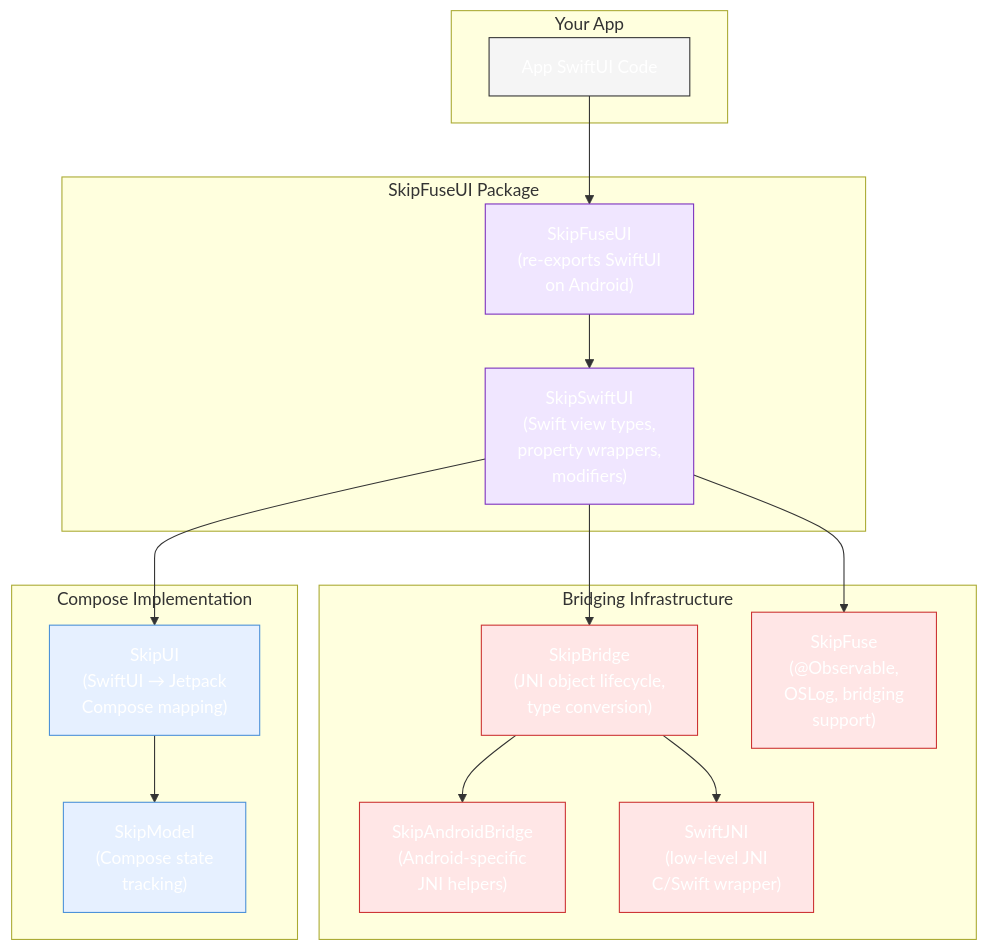
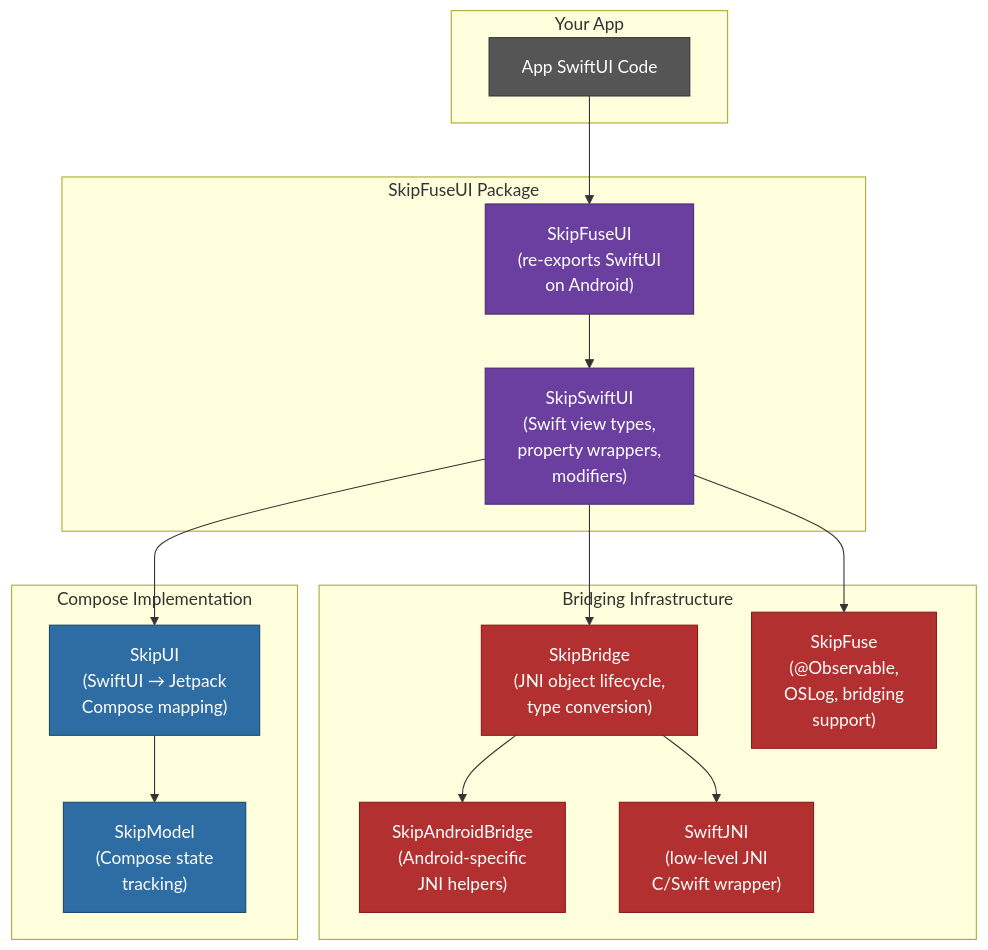
The second of 4 diagrams in README.md (skiptools/skip-fuse-ui), drawn with Mermaid before and after one commit. The commit also changed other lines of this file, not shown here.

Commit message:
Update README [skip ci]

````diff
--- a/README.md
+++ b/README.md
@@ -25,42 +25,42 @@
 ```mermaid
 flowchart TB
     subgraph "Your App"
         APP["App SwiftUI Code"]
     end
 
     subgraph "SkipFuseUI Package"
         SFUI["SkipFuseUI\n(re-exports SwiftUI\non Android)"]
         SSU["SkipSwiftUI\n(Swift view types,\nproperty wrappers,\nmodifiers)"]
     end
 
     subgraph "Bridging Infrastructure"
         SB["SkipBridge\n(JNI object lifecycle,\ntype conversion)"]
         SF["SkipFuse\n(@Observable,\nOSLog, bridging\nsupport)"]
         SAB["SkipAndroidBridge\n(Android-specific\nJNI helpers)"]
         SJNI["SwiftJNI\n(low-level JNI\nC/Swift wrapper)"]
     end
 
     subgraph "Compose Implementation"
         SUI["SkipUI\n(SwiftUI → Jetpack\nCompose mapping)"]
         SM["SkipModel\n(Compose state\ntracking)"]
     end
 
     APP --> SFUI
     SFUI --> SSU
     SSU --> SB
     SSU --> SF
     SSU --> SUI
     SB --> SAB
     SB --> SJNI
     SUI --> SM
 
-    style APP fill:#f5f5f5,stroke:#333,color:#fff
-    style SFUI fill:#f0e6ff,stroke:#7b2fbe,color:#fff
-    style SSU fill:#f0e6ff,stroke:#7b2fbe,color:#fff
-    style SB fill:#ffe6e6,stroke:#cc3333,color:#fff
-    style SF fill:#ffe6e6,stroke:#cc3333,color:#fff
-    style SAB fill:#ffe6e6,stroke:#cc3333,color:#fff
-    style SJNI fill:#ffe6e6,stroke:#cc3333,color:#fff
-    style SUI fill:#e6f0ff,stroke:#4a90d9,color:#fff
-    style SM fill:#e6f0ff,stroke:#4a90d9,color:#fff
+    style APP fill:#555555,stroke:#333,color:#fff
+    style SFUI fill:#6b3fa0,stroke:#4a2d6e,color:#fff
+    style SSU fill:#6b3fa0,stroke:#4a2d6e,color:#fff
+    style SB fill:#b33030,stroke:#8a1a1a,color:#fff
+    style SF fill:#b33030,stroke:#8a1a1a,color:#fff
+    style SAB fill:#b33030,stroke:#8a1a1a,color:#fff
+    style SJNI fill:#b33030,stroke:#8a1a1a,color:#fff
+    style SUI fill:#2e6da4,stroke:#1a4a6e,color:#fff
+    style SM fill:#2e6da4,stroke:#1a4a6e,color:#fff
 ```
````
